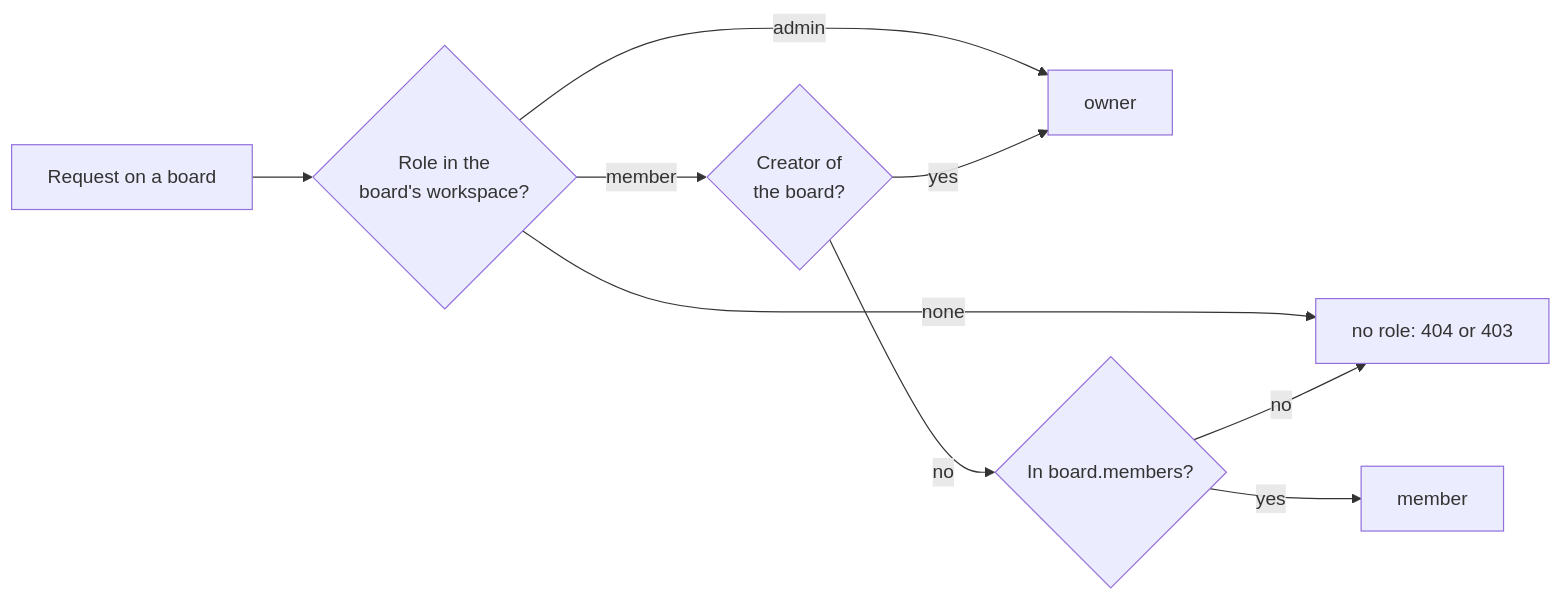
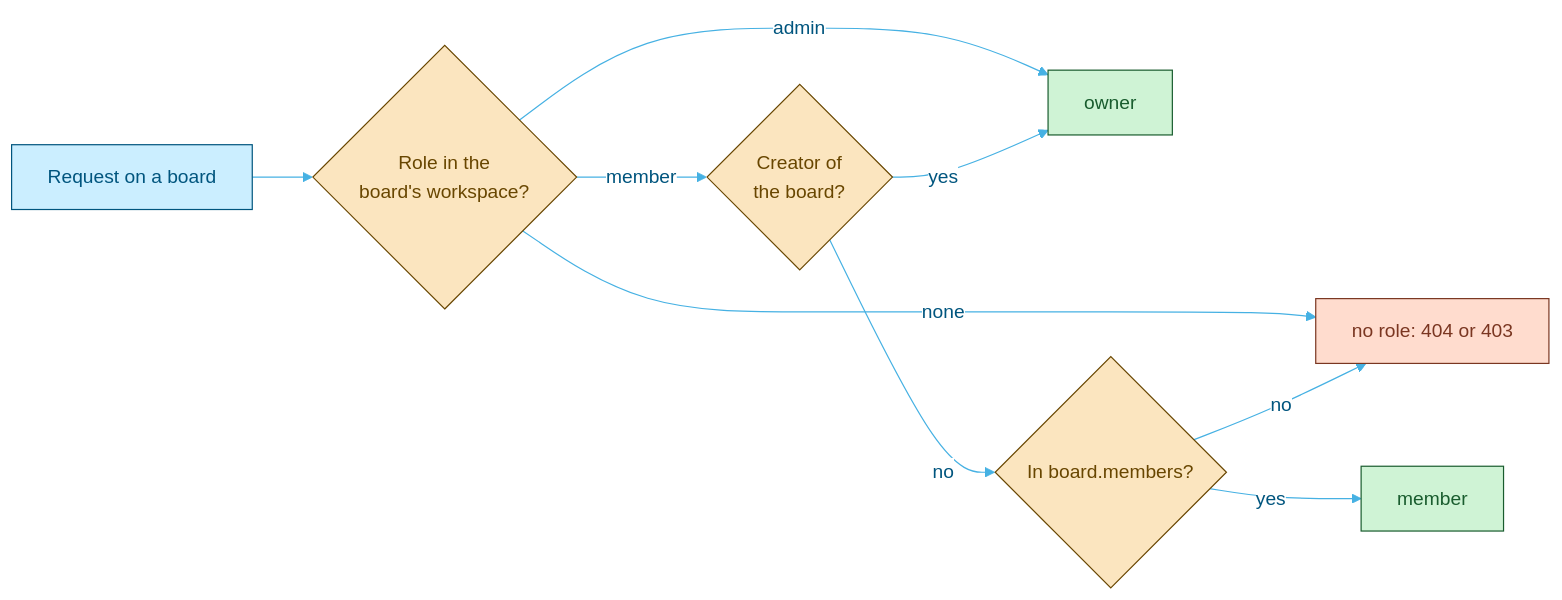
Before and after one commit to kfeuerschvenger/BreezyBoard: the second of 6 diagrams in docs/ARCHITECTURE.md, drawn with Mermaid. The commit also changed other lines of this file and 6 other files, not shown here.

Commit message:
docs: split the deep docs into architecture, environment, testing, CI, API and roadmap

````diff
--- a/docs/ARCHITECTURE.md
+++ b/docs/ARCHITECTURE.md
@@ -63,11 +80,18 @@
 ```mermaid
+%%{init: {"theme": "base", "themeVariables": {"fontFamily": "Segoe UI, Helvetica, Arial, sans-serif", "primaryColor": "#cbeeff", "primaryBorderColor": "#00557e", "primaryTextColor": "#00557e", "secondaryColor": "#bef4f1", "secondaryBorderColor": "#005d5b", "secondaryTextColor": "#005d5b", "tertiaryColor": "#fbe5bf", "tertiaryBorderColor": "#684600", "tertiaryTextColor": "#684600", "lineColor": "#46b1e3", "textColor": "#2f7fa8", "edgeLabelBackground": "#ffffff", "clusterBkg": "#f1faff", "clusterBorder": "#46b1e3"}}}%%
 flowchart LR
   A[Request on a board] --> W{"Role in the<br/>board's workspace?"}
   W -->|none| N["no role: 404 or 403"]
   W -->|admin| O[owner]
   W -->|member| C{"Creator of<br/>the board?"}
   C -->|yes| O
   C -->|no| M{"In board.members?"}
   M -->|yes| Mem[member]
   M -->|no| N
+  classDef green fill:#cff3d5,stroke:#195c2e,color:#195c2e
+  classDef coral fill:#ffdcce,stroke:#7a3621,color:#7a3621
+  classDef sand fill:#fbe5bf,stroke:#684600,color:#684600
+  class O,Mem green
+  class N coral
+  class W,C,M sand
 ```
````
